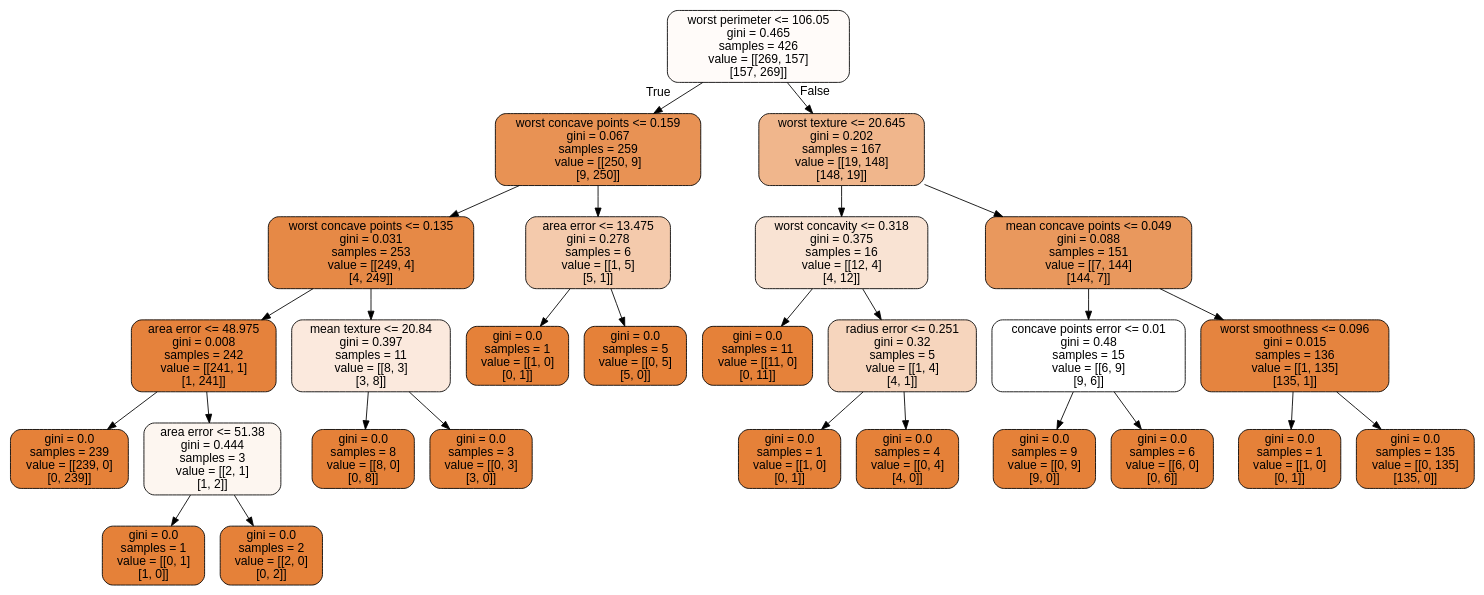
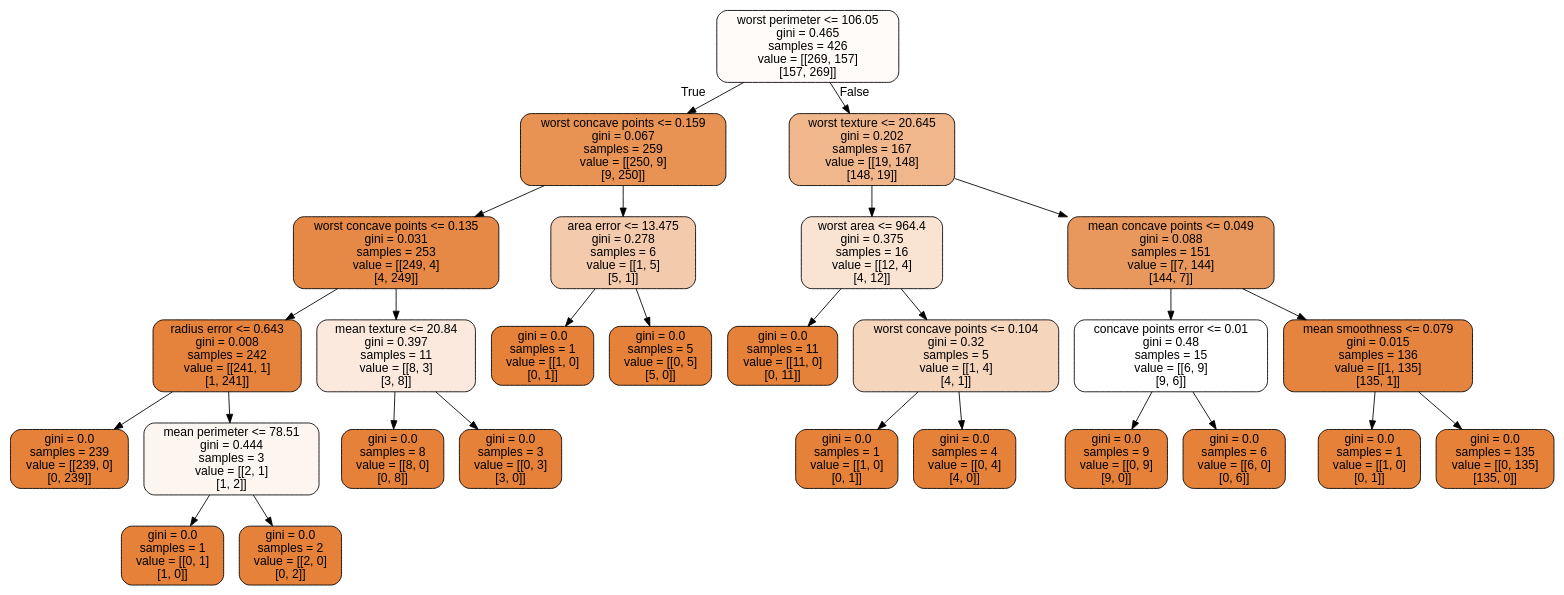
Before and after one commit to CompPhysics/MachineLearning: the diagram in doc/pub/DecisionTrees/ipynb/DataFiles/cancer.dot, drawn with Graphviz. The commit also changed 76 other files, not shown here.

```diff
--- a/doc/pub/DecisionTrees/ipynb/DataFiles/cancer.dot
+++ b/doc/pub/DecisionTrees/ipynb/DataFiles/cancer.dot
@@ -1,57 +1,57 @@
 digraph Tree {
 node [shape=box, style="filled, rounded", color="black", fontname=helvetica] ;
 edge [fontname=helvetica] ;
 0 [label="worst perimeter <= 106.05\ngini = 0.465\nsamples = 426\nvalue = [[269, 157]\n[157, 269]]", fillcolor="#e5813908"] ;
 1 [label="worst concave points <= 0.159\ngini = 0.067\nsamples = 259\nvalue = [[250, 9]\n[9, 250]]", fillcolor="#e58139db"] ;
 0 -> 1 [labeldistance=2.5, labelangle=45, headlabel="True"] ;
 2 [label="worst concave points <= 0.135\ngini = 0.031\nsamples = 253\nvalue = [[249, 4]\n[4, 249]]", fillcolor="#e58139ee"] ;
 1 -> 2 ;
-3 [label="area error <= 48.975\ngini = 0.008\nsamples = 242\nvalue = [[241, 1]\n[1, 241]]", fillcolor="#e58139fb"] ;
+3 [label="radius error <= 0.643\ngini = 0.008\nsamples = 242\nvalue = [[241, 1]\n[1, 241]]", fillcolor="#e58139fb"] ;
 2 -> 3 ;
 4 [label="gini = 0.0\nsamples = 239\nvalue = [[239, 0]\n[0, 239]]", fillcolor="#e58139ff"] ;
 3 -> 4 ;
-5 [label="area error <= 51.38\ngini = 0.444\nsamples = 3\nvalue = [[2, 1]\n[1, 2]]", fillcolor="#e5813913"] ;
+5 [label="mean perimeter <= 78.51\ngini = 0.444\nsamples = 3\nvalue = [[2, 1]\n[1, 2]]", fillcolor="#e5813913"] ;
 3 -> 5 ;
 6 [label="gini = 0.0\nsamples = 1\nvalue = [[0, 1]\n[1, 0]]", fillcolor="#e58139ff"] ;
 5 -> 6 ;
 7 [label="gini = 0.0\nsamples = 2\nvalue = [[2, 0]\n[0, 2]]", fillcolor="#e58139ff"] ;
 5 -> 7 ;
 8 [label="mean texture <= 20.84\ngini = 0.397\nsamples = 11\nvalue = [[8, 3]\n[3, 8]]", fillcolor="#e581392c"] ;
 2 -> 8 ;
 9 [label="gini = 0.0\nsamples = 8\nvalue = [[8, 0]\n[0, 8]]", fillcolor="#e58139ff"] ;
 8 -> 9 ;
 10 [label="gini = 0.0\nsamples = 3\nvalue = [[0, 3]\n[3, 0]]", fillcolor="#e58139ff"] ;
 8 -> 10 ;
 11 [label="area error <= 13.475\ngini = 0.278\nsamples = 6\nvalue = [[1, 5]\n[5, 1]]", fillcolor="#e581396b"] ;
 1 -> 11 ;
 12 [label="gini = 0.0\nsamples = 1\nvalue = [[1, 0]\n[0, 1]]", fillcolor="#e58139ff"] ;
 11 -> 12 ;
 13 [label="gini = 0.0\nsamples = 5\nvalue = [[0, 5]\n[5, 0]]", fillcolor="#e58139ff"] ;
 11 -> 13 ;
 14 [label="worst texture <= 20.645\ngini = 0.202\nsamples = 167\nvalue = [[19, 148]\n[148, 19]]", fillcolor="#e5813994"] ;
 0 -> 14 [labeldistance=2.5, labelangle=-45, headlabel="False"] ;
-15 [label="worst concavity <= 0.318\ngini = 0.375\nsamples = 16\nvalue = [[12, 4]\n[4, 12]]", fillcolor="#e5813938"] ;
+15 [label="worst area <= 964.4\ngini = 0.375\nsamples = 16\nvalue = [[12, 4]\n[4, 12]]", fillcolor="#e5813938"] ;
 14 -> 15 ;
 16 [label="gini = 0.0\nsamples = 11\nvalue = [[11, 0]\n[0, 11]]", fillcolor="#e58139ff"] ;
 15 -> 16 ;
-17 [label="radius error <= 0.251\ngini = 0.32\nsamples = 5\nvalue = [[1, 4]\n[4, 1]]", fillcolor="#e5813955"] ;
+17 [label="worst concave points <= 0.104\ngini = 0.32\nsamples = 5\nvalue = [[1, 4]\n[4, 1]]", fillcolor="#e5813955"] ;
 15 -> 17 ;
 18 [label="gini = 0.0\nsamples = 1\nvalue = [[1, 0]\n[0, 1]]", fillcolor="#e58139ff"] ;
 17 -> 18 ;
 19 [label="gini = 0.0\nsamples = 4\nvalue = [[0, 4]\n[4, 0]]", fillcolor="#e58139ff"] ;
 17 -> 19 ;
 20 [label="mean concave points <= 0.049\ngini = 0.088\nsamples = 151\nvalue = [[7, 144]\n[144, 7]]", fillcolor="#e58139d0"] ;
 14 -> 20 ;
 21 [label="concave points error <= 0.01\ngini = 0.48\nsamples = 15\nvalue = [[6, 9]\n[9, 6]]", fillcolor="#e5813900"] ;
 20 -> 21 ;
 22 [label="gini = 0.0\nsamples = 9\nvalue = [[0, 9]\n[9, 0]]", fillcolor="#e58139ff"] ;
 21 -> 22 ;
 23 [label="gini = 0.0\nsamples = 6\nvalue = [[6, 0]\n[0, 6]]", fillcolor="#e58139ff"] ;
 21 -> 23 ;
-24 [label="worst smoothness <= 0.096\ngini = 0.015\nsamples = 136\nvalue = [[1, 135]\n[135, 1]]", fillcolor="#e58139f7"] ;
+24 [label="mean smoothness <= 0.079\ngini = 0.015\nsamples = 136\nvalue = [[1, 135]\n[135, 1]]", fillcolor="#e58139f7"] ;
 20 -> 24 ;
 25 [label="gini = 0.0\nsamples = 1\nvalue = [[1, 0]\n[0, 1]]", fillcolor="#e58139ff"] ;
 24 -> 25 ;
 26 [label="gini = 0.0\nsamples = 135\nvalue = [[0, 135]\n[135, 0]]", fillcolor="#e58139ff"] ;
 24 -> 26 ;
 }
```
